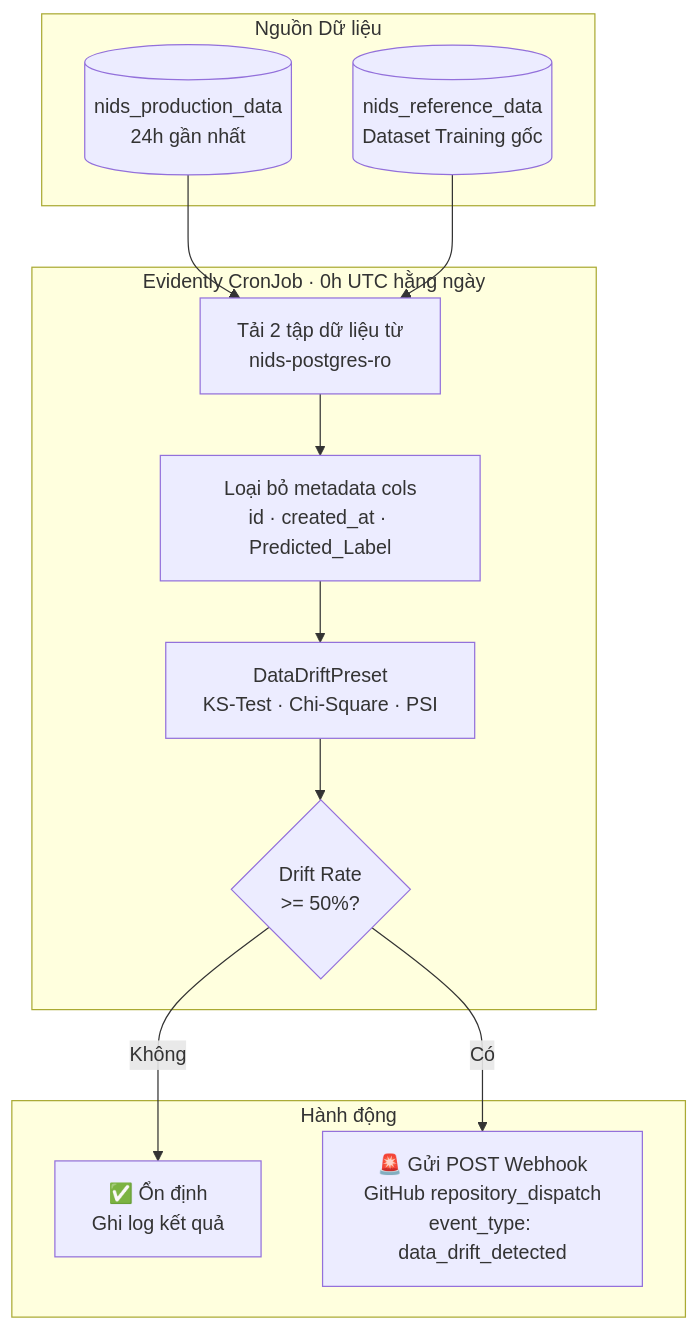
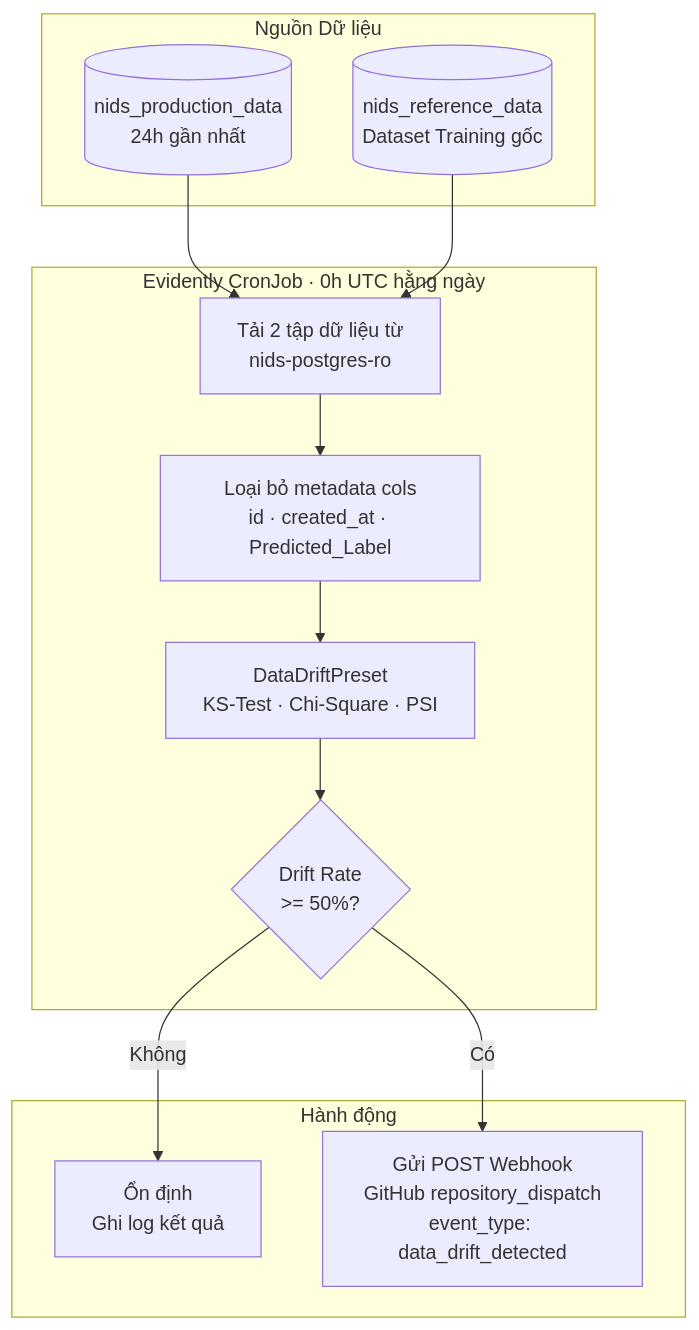
One commit to Viet-Hoang-2005/AdaptML changed the fourth of 7 diagrams in ARCHITECTURE.md. Above: the diagram before and after it, drawn with Mermaid. The commit also changed other lines of this file and 3 other files, not shown here.

````diff
--- a/ARCHITECTURE.md
+++ b/ARCHITECTURE.md
@@ -131,25 +131,25 @@
 ```mermaid
 flowchart TB
     subgraph SOURCES["Nguồn Dữ liệu"]
         PROD_DB[("nids_production_data<br/>24h gần nhất")]
         REF_DB[("nids_reference_data<br/>Dataset Training gốc")]
     end
 
     subgraph EVIDENTLY["Evidently CronJob · 0h UTC hằng ngày"]
         LOAD[Tải 2 tập dữ liệu từ<br/>nids-postgres-ro]
         PREPROCESS[Loại bỏ metadata cols<br/>id · created_at · Predicted_Label]
         REPORT["DataDriftPreset<br/>KS-Test · Chi-Square · PSI"]
         DECISION{"Drift Rate<br/>>= 50%?"}
     end
 
     subgraph ACTION["Hành động"]
-        STABLE["✅ Ổn định<br/>Ghi log kết quả"]
-        WEBHOOK["🚨 Gửi POST Webhook<br/>GitHub repository_dispatch<br/>event_type: data_drift_detected"]
+        STABLE["Ổn định<br/>Ghi log kết quả"]
+        WEBHOOK["Gửi POST Webhook<br/>GitHub repository_dispatch<br/>event_type: data_drift_detected"]
     end
 
     PROD_DB --> LOAD
     REF_DB --> LOAD
     LOAD --> PREPROCESS --> REPORT --> DECISION
     DECISION -->|Không| STABLE
     DECISION -->|Có| WEBHOOK
 ```
````
